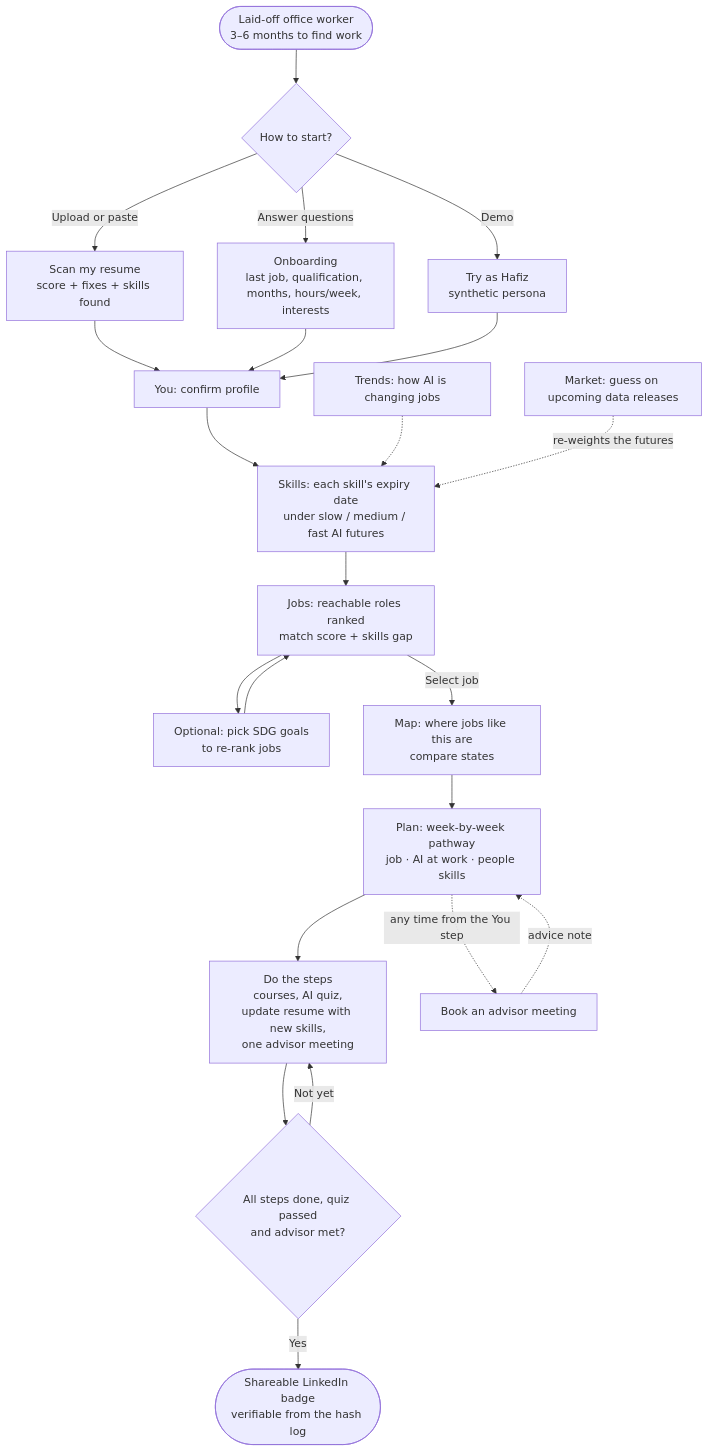
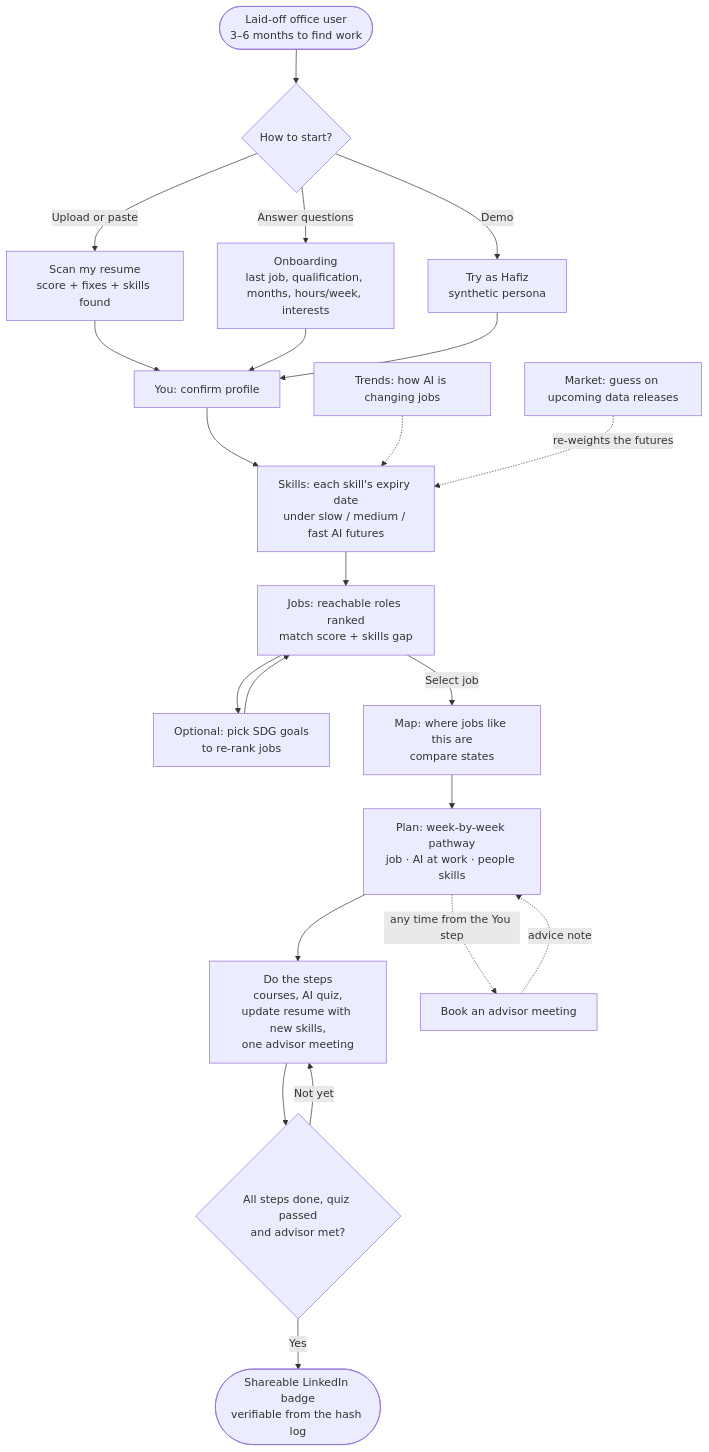
The first of 2 diagrams in README.md (yabgzichien/SDCHack-slaynergy), drawn with Mermaid before and after one commit. The commit also changed other lines of this file and 12 other files, not shown here.

````diff
--- a/README.md
+++ b/README.md
@@ -85,26 +85,26 @@
 ```mermaid
 flowchart TD
-    A([Laid-off office worker<br/>3–6 months to find work]) --> B{How to start?}
+    A([Laid-off office user<br/>3–6 months to find work]) --> B{How to start?}
     B -->|Upload or paste| C[Scan my resume<br/>score + fixes + skills found]
     B -->|Answer questions| D[Onboarding<br/>last job, qualification, months, hours/week, interests]
     B -->|Demo| E[Try as Hafiz<br/>synthetic persona]
     C --> F[You: confirm profile]
     D --> F
     E --> F
     F --> G[Skills: each skill's expiry date<br/>under slow / medium / fast AI futures]
     G --> H[Jobs: reachable roles ranked<br/>match score + skills gap]
     H --> H2[Optional: pick SDG goals<br/>to re-rank jobs]
     H2 --> H
     H -->|Select job| M[Map: where jobs like this are<br/>compare states]
     M --> I[Plan: week-by-week pathway<br/>job · AI at work · people skills]
     I --> J[Do the steps<br/>courses, AI quiz,<br/>update resume with new skills,<br/>one advisor meeting]
     J --> K{All steps done, quiz passed<br/>and advisor met?}
     K -->|Not yet| J
     K -->|Yes| N([Shareable LinkedIn badge<br/>verifiable from the hash log])
 
     I -.->|any time from the You step| ADV[Book an advisor meeting]
     ADV -.->|advice note| I
 
     T[Trends: how AI is changing jobs] -.-> G
     MK[Market: guess on upcoming data releases] -.->|re-weights the futures| G
 ```
````
